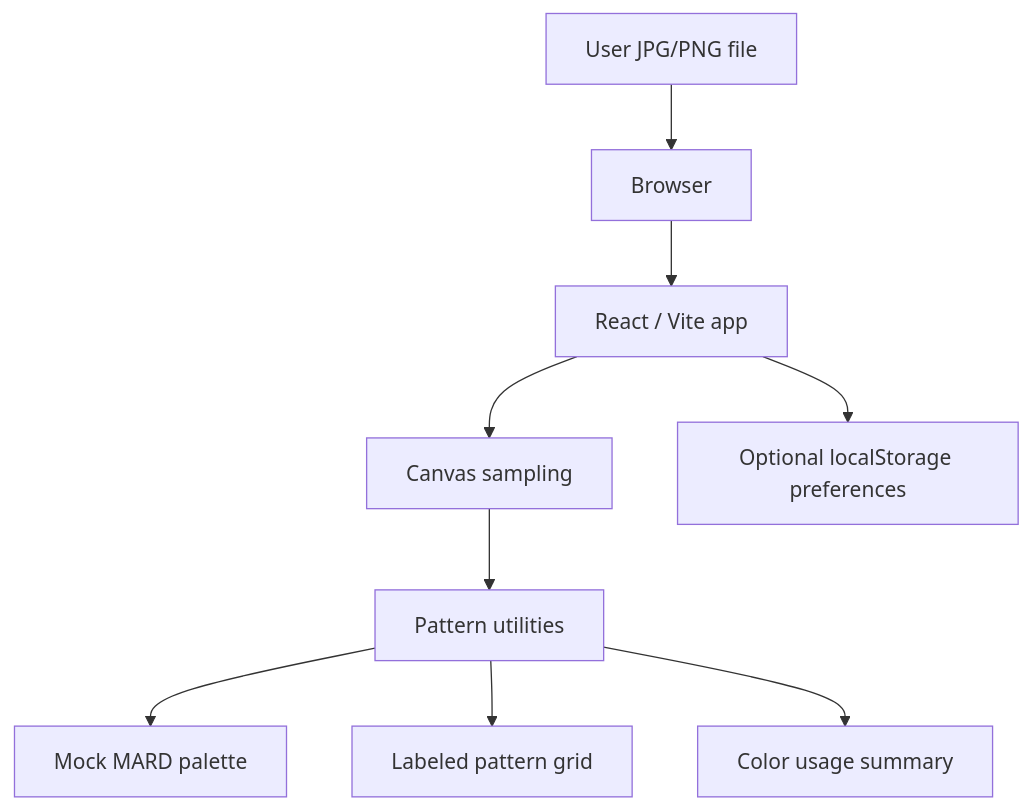
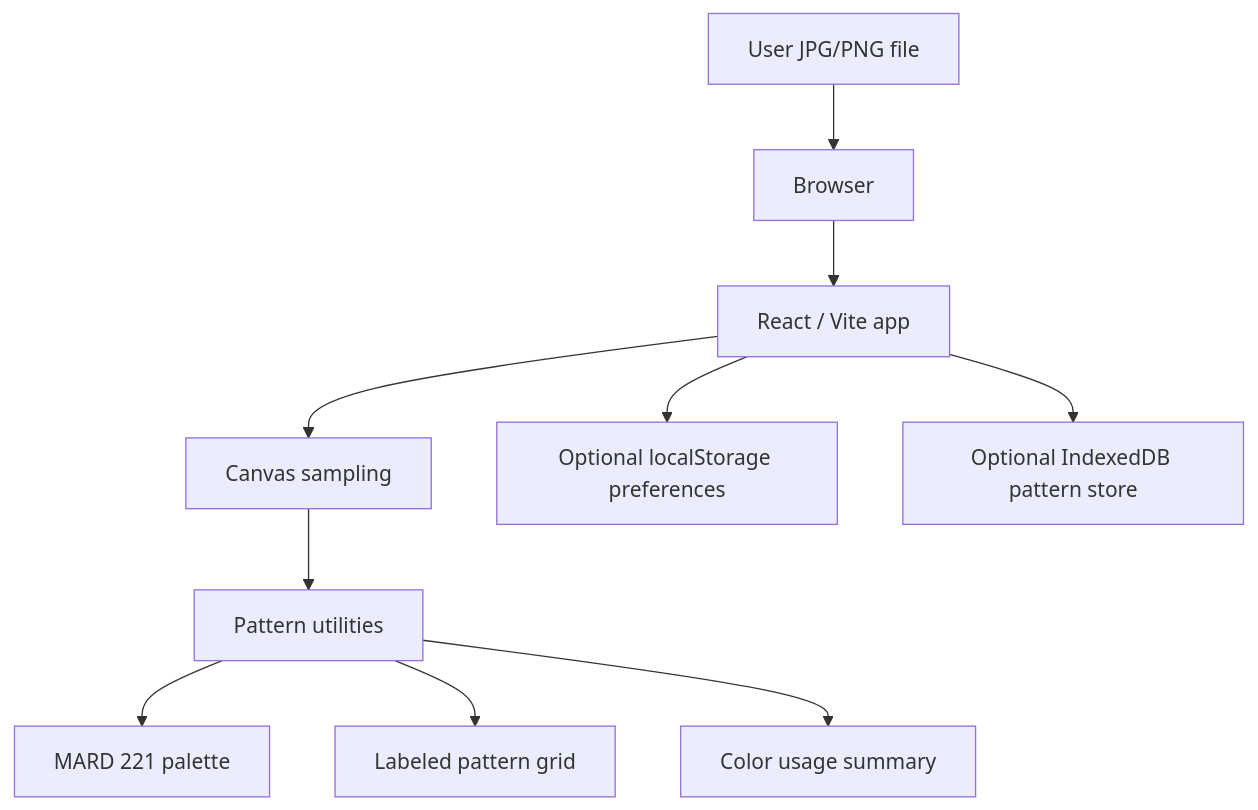
The diagram in docs/architecture.md (vendettar/fundbeads), drawn with Mermaid before and after one commit. The commit also changed other lines of this file and 9 other files, not shown here.

````diff
--- a/docs/architecture.md
+++ b/docs/architecture.md
@@ -7,11 +7,12 @@
 ```mermaid
 graph TD
     UserFile["User JPG/PNG file"] --> Browser["Browser"]
     Browser --> ReactApp["React / Vite app"]
     ReactApp --> Canvas["Canvas sampling"]
     Canvas --> PatternLogic["Pattern utilities"]
-    PatternLogic --> Palette["Mock MARD palette"]
+    PatternLogic --> Palette["MARD 221 palette"]
     PatternLogic --> Grid["Labeled pattern grid"]
     PatternLogic --> Summary["Color usage summary"]
     ReactApp --> Preferences["Optional localStorage preferences"]
+    ReactApp --> LocalPatternStore["Optional IndexedDB pattern store"]
 ```
````
